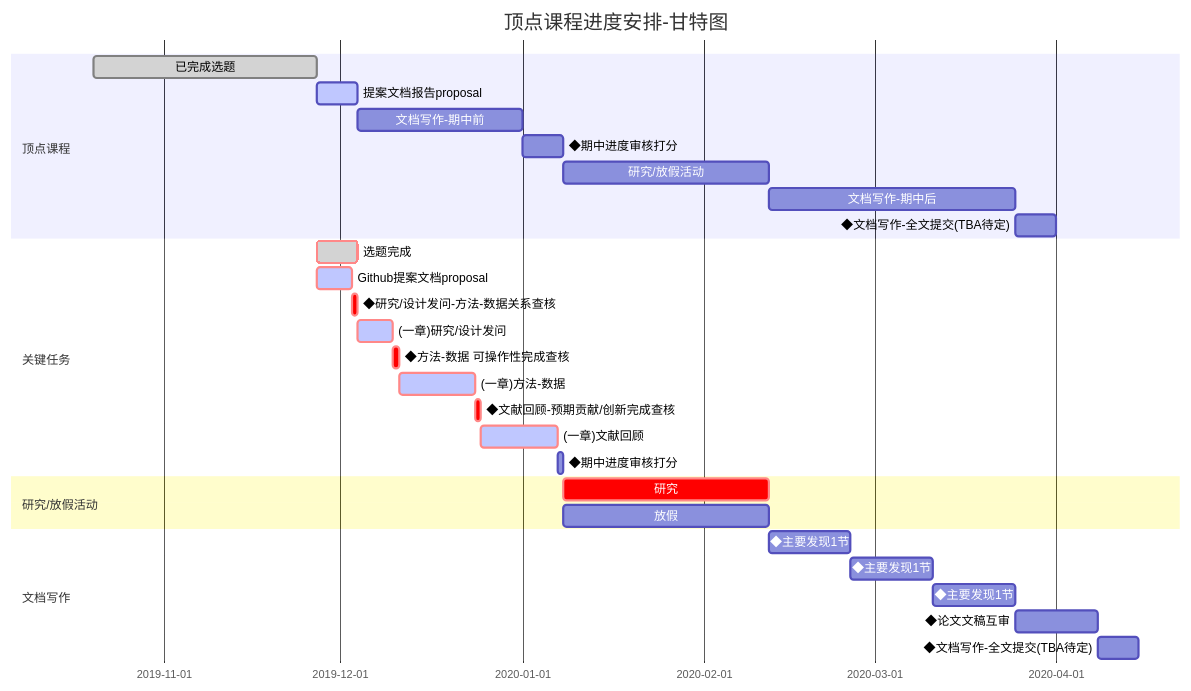
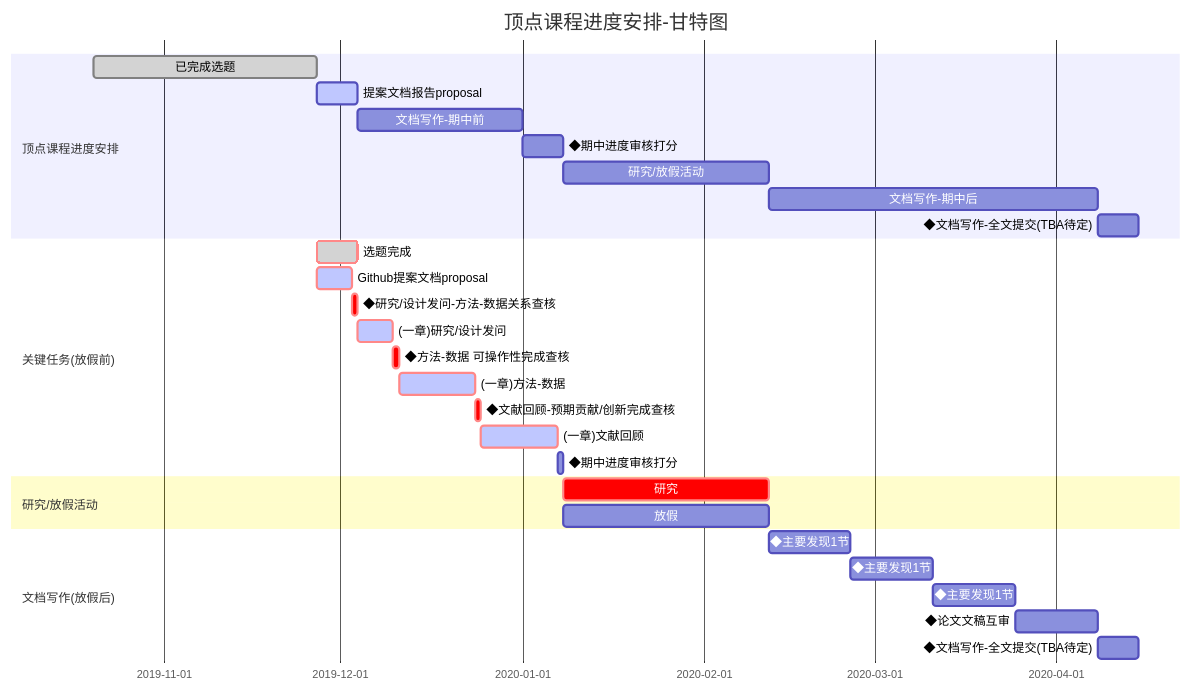
The diagram in prjs/proposal.md (q3466141541/CapstoneProject), drawn with Mermaid before and after one commit.

```diff
--- a/prjs/proposal.md
+++ b/prjs/proposal.md
@@ -96,38 +96,38 @@
 <div class="mermaid" style="background-color:lightgreen;"> 
 gantt
        dateFormat  YYYY-MM-DD
        title 顶点课程进度安排-甘特图
 
-       section 顶点课程
+       section 顶点课程进度安排
        已完成选题                :done,    des1, 2019-10-20,2019-11-27
        提案文档报告proposal      :active,  des2, 2019-11-27, 7d
        文档写作-期中前                  :         des3, after des2, 28d
        ◆期中进度审核打分         :         des4, after des3, 7d
        研究/放假活动             :         des5, after des4, 35d
-       文档写作-期中后         :         des6, after des5, 42d
+       文档写作-期中后         :         des6, after des5, 56d
        ◆文档写作-全文提交(TBA待定):         des7, after des6, 7d
 
-       section 关键任务
+       section 关键任务(放假前)
        选题完成                  :crit, done, after des1, 7d
        Github提案文档proposal    :crit, active, 2019-11-27,6d
        ◆研究/设计发问-方法-数据关系查核  :crit, 1d
        (一章)研究/设计发问       :crit, active, 2019-12-04,6d
        ◆方法-数据 可操作性完成查核       :crit, 1d
        (一章)方法-数据           :crit, active, 2019-12-11,13d
        ◆文献回顾-预期贡献/创新完成查核     :crit, 1d
        (一章)文献回顾           :crit, active, 2019-12-25,13d
        ◆期中进度审核打分                   :1d
 
        section 研究/放假活动
        研究                     :crit, after des4, 35d
        放假                     :      vac1, after des4, 35d
 
-       section 文档写作
+       section 文档写作(放假后)
        ◆主要发现1节              : finding1, after des5, 14d
        ◆主要发现1节              : finding2, after finding1, 14d
        ◆主要发现1节              : finding3, after finding2, 14d
        ◆论文文稿互审             : peerreview, after finding3, 14d
        ◆文档写作-全文提交(TBA待定):    des7, after peerreview, 7d
 
 
 </div>
```
